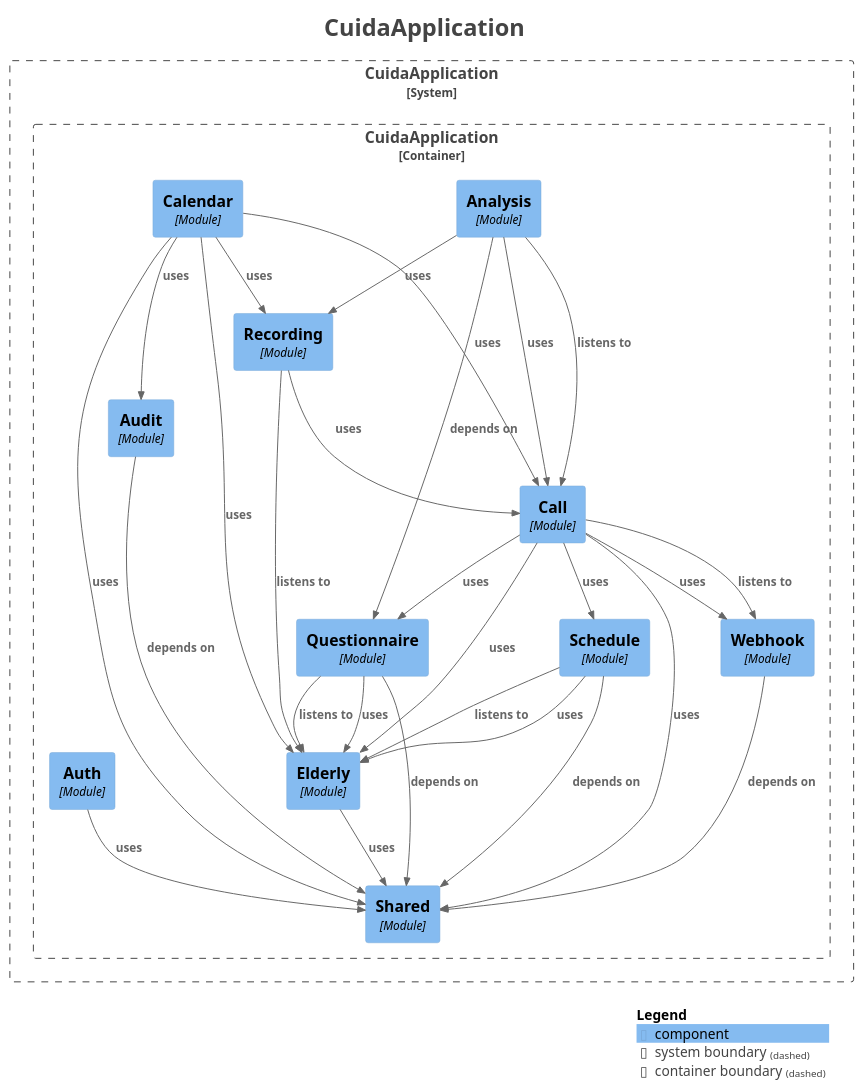
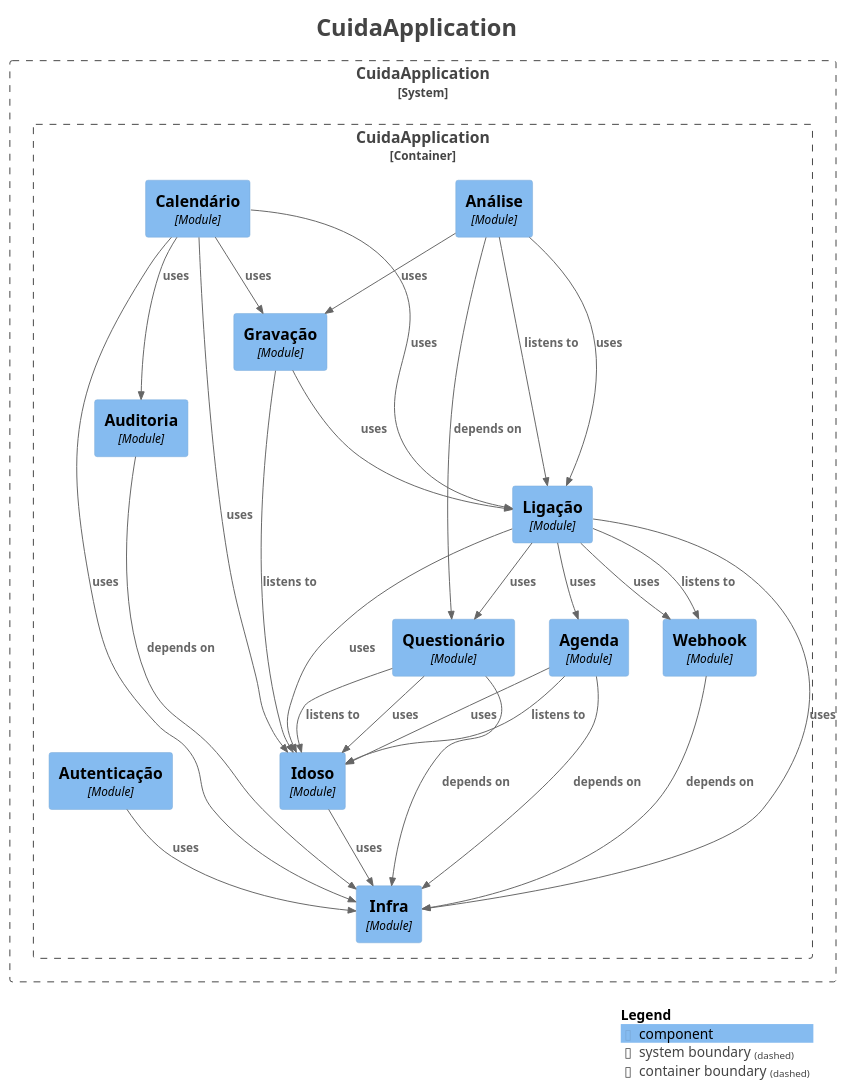
The diagram in docs/modules/components.puml (Rodrimir/alo_diario), drawn with PlantUML before and after one commit. The commit also changed 443 other files, not shown here.

```diff
--- a/docs/modules/components.puml
+++ b/docs/modules/components.puml
@@ -1,65 +1,65 @@
 @startuml
 title <size:24>CuidaApplication</size>
 
 set separator none
 top to bottom direction
 
 <style>
   root {
     BackgroundColor: #ffffff
     FontColor: #444444
   }
 </style>
 
 !include <C4/C4>
 !include <C4/C4_Context>
 !include <C4/C4_Component>
 
 System_Boundary("CuidaApplication_boundary", "CuidaApplication", $tags="") {
   Container_Boundary("CuidaApplication.CuidaApplication_boundary", "CuidaApplication", $tags="") {
-    Component(CuidaApplication.CuidaApplication.Call, "Call", $techn="Module", $descr="", $tags="", $link="")
-    Component(CuidaApplication.CuidaApplication.Recording, "Recording", $techn="Module", $descr="", $tags="", $link="")
-    Component(CuidaApplication.CuidaApplication.Analysis, "Analysis", $techn="Module", $descr="", $tags="", $link="")
-    Component(CuidaApplication.CuidaApplication.Calendar, "Calendar", $techn="Module", $descr="", $tags="", $link="")
-    Component(CuidaApplication.CuidaApplication.Shared, "Shared", $techn="Module", $descr="", $tags="", $link="")
-    Component(CuidaApplication.CuidaApplication.Audit, "Audit", $techn="Module", $descr="", $tags="", $link="")
-    Component(CuidaApplication.CuidaApplication.Auth, "Auth", $techn="Module", $descr="", $tags="", $link="")
-    Component(CuidaApplication.CuidaApplication.Elderly, "Elderly", $techn="Module", $descr="", $tags="", $link="")
+    Component(CuidaApplication.CuidaApplication.Ligação, "Ligação", $techn="Module", $descr="", $tags="", $link="")
+    Component(CuidaApplication.CuidaApplication.Gravação, "Gravação", $techn="Module", $descr="", $tags="", $link="")
+    Component(CuidaApplication.CuidaApplication.Análise, "Análise", $techn="Module", $descr="", $tags="", $link="")
+    Component(CuidaApplication.CuidaApplication.Calendário, "Calendário", $techn="Module", $descr="", $tags="", $link="")
+    Component(CuidaApplication.CuidaApplication.Infra, "Infra", $techn="Module", $descr="", $tags="", $link="")
+    Component(CuidaApplication.CuidaApplication.Auditoria, "Auditoria", $techn="Module", $descr="", $tags="", $link="")
+    Component(CuidaApplication.CuidaApplication.Autenticação, "Autenticação", $techn="Module", $descr="", $tags="", $link="")
+    Component(CuidaApplication.CuidaApplication.Idoso, "Idoso", $techn="Module", $descr="", $tags="", $link="")
     Component(CuidaApplication.CuidaApplication.Webhook, "Webhook", $techn="Module", $descr="", $tags="", $link="")
-    Component(CuidaApplication.CuidaApplication.Questionnaire, "Questionnaire", $techn="Module", $descr="", $tags="", $link="")
-    Component(CuidaApplication.CuidaApplication.Schedule, "Schedule", $techn="Module", $descr="", $tags="", $link="")
+    Component(CuidaApplication.CuidaApplication.Agenda, "Agenda", $techn="Module", $descr="", $tags="", $link="")
+    Component(CuidaApplication.CuidaApplication.Questionário, "Questionário", $techn="Module", $descr="", $tags="", $link="")
   }
 
 }
 
-Rel(CuidaApplication.CuidaApplication.Analysis, CuidaApplication.CuidaApplication.Call, "listens to", $techn="", $tags="", $link="")
-Rel(CuidaApplication.CuidaApplication.Analysis, CuidaApplication.CuidaApplication.Call, "uses", $techn="", $tags="", $link="")
-Rel(CuidaApplication.CuidaApplication.Analysis, CuidaApplication.CuidaApplication.Questionnaire, "depends on", $techn="", $tags="", $link="")
-Rel(CuidaApplication.CuidaApplication.Analysis, CuidaApplication.CuidaApplication.Recording, "uses", $techn="", $tags="", $link="")
-Rel(CuidaApplication.CuidaApplication.Audit, CuidaApplication.CuidaApplication.Shared, "depends on", $techn="", $tags="", $link="")
-Rel(CuidaApplication.CuidaApplication.Auth, CuidaApplication.CuidaApplication.Shared, "uses", $techn="", $tags="", $link="")
-Rel(CuidaApplication.CuidaApplication.Calendar, CuidaApplication.CuidaApplication.Audit, "uses", $techn="", $tags="", $link="")
-Rel(CuidaApplication.CuidaApplication.Calendar, CuidaApplication.CuidaApplication.Call, "uses", $techn="", $tags="", $link="")
-Rel(CuidaApplication.CuidaApplication.Calendar, CuidaApplication.CuidaApplication.Elderly, "uses", $techn="", $tags="", $link="")
-Rel(CuidaApplication.CuidaApplication.Calendar, CuidaApplication.CuidaApplication.Recording, "uses", $techn="", $tags="", $link="")
-Rel(CuidaApplication.CuidaApplication.Calendar, CuidaApplication.CuidaApplication.Shared, "uses", $techn="", $tags="", $link="")
-Rel(CuidaApplication.CuidaApplication.Call, CuidaApplication.CuidaApplication.Elderly, "uses", $techn="", $tags="", $link="")
-Rel(CuidaApplication.CuidaApplication.Call, CuidaApplication.CuidaApplication.Questionnaire, "uses", $techn="", $tags="", $link="")
-Rel(CuidaApplication.CuidaApplication.Call, CuidaApplication.CuidaApplication.Schedule, "uses", $techn="", $tags="", $link="")
-Rel(CuidaApplication.CuidaApplication.Call, CuidaApplication.CuidaApplication.Shared, "uses", $techn="", $tags="", $link="")
-Rel(CuidaApplication.CuidaApplication.Call, CuidaApplication.CuidaApplication.Webhook, "listens to", $techn="", $tags="", $link="")
-Rel(CuidaApplication.CuidaApplication.Call, CuidaApplication.CuidaApplication.Webhook, "uses", $techn="", $tags="", $link="")
-Rel(CuidaApplication.CuidaApplication.Elderly, CuidaApplication.CuidaApplication.Shared, "uses", $techn="", $tags="", $link="")
-Rel(CuidaApplication.CuidaApplication.Questionnaire, CuidaApplication.CuidaApplication.Elderly, "listens to", $techn="", $tags="", $link="")
-Rel(CuidaApplication.CuidaApplication.Questionnaire, CuidaApplication.CuidaApplication.Elderly, "uses", $techn="", $tags="", $link="")
-Rel(CuidaApplication.CuidaApplication.Questionnaire, CuidaApplication.CuidaApplication.Shared, "depends on", $techn="", $tags="", $link="")
-Rel(CuidaApplication.CuidaApplication.Recording, CuidaApplication.CuidaApplication.Call, "uses", $techn="", $tags="", $link="")
-Rel(CuidaApplication.CuidaApplication.Recording, CuidaApplication.CuidaApplication.Elderly, "listens to", $techn="", $tags="", $link="")
-Rel(CuidaApplication.CuidaApplication.Schedule, CuidaApplication.CuidaApplication.Elderly, "listens to", $techn="", $tags="", $link="")
-Rel(CuidaApplication.CuidaApplication.Schedule, CuidaApplication.CuidaApplication.Elderly, "uses", $techn="", $tags="", $link="")
-Rel(CuidaApplication.CuidaApplication.Schedule, CuidaApplication.CuidaApplication.Shared, "depends on", $techn="", $tags="", $link="")
-Rel(CuidaApplication.CuidaApplication.Webhook, CuidaApplication.CuidaApplication.Shared, "depends on", $techn="", $tags="", $link="")
+Rel(CuidaApplication.CuidaApplication.Agenda, CuidaApplication.CuidaApplication.Idoso, "listens to", $techn="", $tags="", $link="")
+Rel(CuidaApplication.CuidaApplication.Agenda, CuidaApplication.CuidaApplication.Idoso, "uses", $techn="", $tags="", $link="")
+Rel(CuidaApplication.CuidaApplication.Agenda, CuidaApplication.CuidaApplication.Infra, "depends on", $techn="", $tags="", $link="")
+Rel(CuidaApplication.CuidaApplication.Análise, CuidaApplication.CuidaApplication.Gravação, "uses", $techn="", $tags="", $link="")
+Rel(CuidaApplication.CuidaApplication.Análise, CuidaApplication.CuidaApplication.Ligação, "listens to", $techn="", $tags="", $link="")
+Rel(CuidaApplication.CuidaApplication.Análise, CuidaApplication.CuidaApplication.Ligação, "uses", $techn="", $tags="", $link="")
+Rel(CuidaApplication.CuidaApplication.Análise, CuidaApplication.CuidaApplication.Questionário, "depends on", $techn="", $tags="", $link="")
+Rel(CuidaApplication.CuidaApplication.Auditoria, CuidaApplication.CuidaApplication.Infra, "depends on", $techn="", $tags="", $link="")
+Rel(CuidaApplication.CuidaApplication.Autenticação, CuidaApplication.CuidaApplication.Infra, "uses", $techn="", $tags="", $link="")
+Rel(CuidaApplication.CuidaApplication.Calendário, CuidaApplication.CuidaApplication.Auditoria, "uses", $techn="", $tags="", $link="")
+Rel(CuidaApplication.CuidaApplication.Calendário, CuidaApplication.CuidaApplication.Gravação, "uses", $techn="", $tags="", $link="")
+Rel(CuidaApplication.CuidaApplication.Calendário, CuidaApplication.CuidaApplication.Idoso, "uses", $techn="", $tags="", $link="")
+Rel(CuidaApplication.CuidaApplication.Calendário, CuidaApplication.CuidaApplication.Infra, "uses", $techn="", $tags="", $link="")
+Rel(CuidaApplication.CuidaApplication.Calendário, CuidaApplication.CuidaApplication.Ligação, "uses", $techn="", $tags="", $link="")
+Rel(CuidaApplication.CuidaApplication.Gravação, CuidaApplication.CuidaApplication.Idoso, "listens to", $techn="", $tags="", $link="")
+Rel(CuidaApplication.CuidaApplication.Gravação, CuidaApplication.CuidaApplication.Ligação, "uses", $techn="", $tags="", $link="")
+Rel(CuidaApplication.CuidaApplication.Idoso, CuidaApplication.CuidaApplication.Infra, "uses", $techn="", $tags="", $link="")
+Rel(CuidaApplication.CuidaApplication.Ligação, CuidaApplication.CuidaApplication.Agenda, "uses", $techn="", $tags="", $link="")
+Rel(CuidaApplication.CuidaApplication.Ligação, CuidaApplication.CuidaApplication.Idoso, "uses", $techn="", $tags="", $link="")
+Rel(CuidaApplication.CuidaApplication.Ligação, CuidaApplication.CuidaApplication.Infra, "uses", $techn="", $tags="", $link="")
+Rel(CuidaApplication.CuidaApplication.Ligação, CuidaApplication.CuidaApplication.Questionário, "uses", $techn="", $tags="", $link="")
+Rel(CuidaApplication.CuidaApplication.Ligação, CuidaApplication.CuidaApplication.Webhook, "listens to", $techn="", $tags="", $link="")
+Rel(CuidaApplication.CuidaApplication.Ligação, CuidaApplication.CuidaApplication.Webhook, "uses", $techn="", $tags="", $link="")
+Rel(CuidaApplication.CuidaApplication.Questionário, CuidaApplication.CuidaApplication.Idoso, "listens to", $techn="", $tags="", $link="")
+Rel(CuidaApplication.CuidaApplication.Questionário, CuidaApplication.CuidaApplication.Idoso, "uses", $techn="", $tags="", $link="")
+Rel(CuidaApplication.CuidaApplication.Questionário, CuidaApplication.CuidaApplication.Infra, "depends on", $techn="", $tags="", $link="")
+Rel(CuidaApplication.CuidaApplication.Webhook, CuidaApplication.CuidaApplication.Infra, "depends on", $techn="", $tags="", $link="")
 
 SHOW_LEGEND(true)
 hide stereotypes
 @enduml
```
